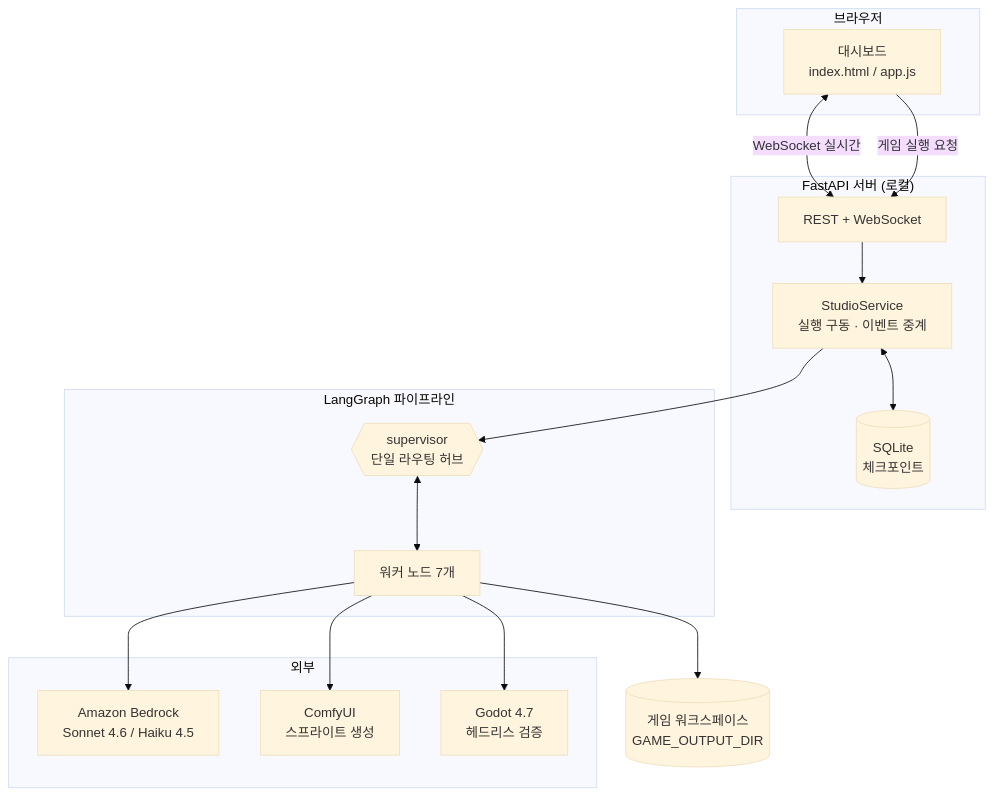
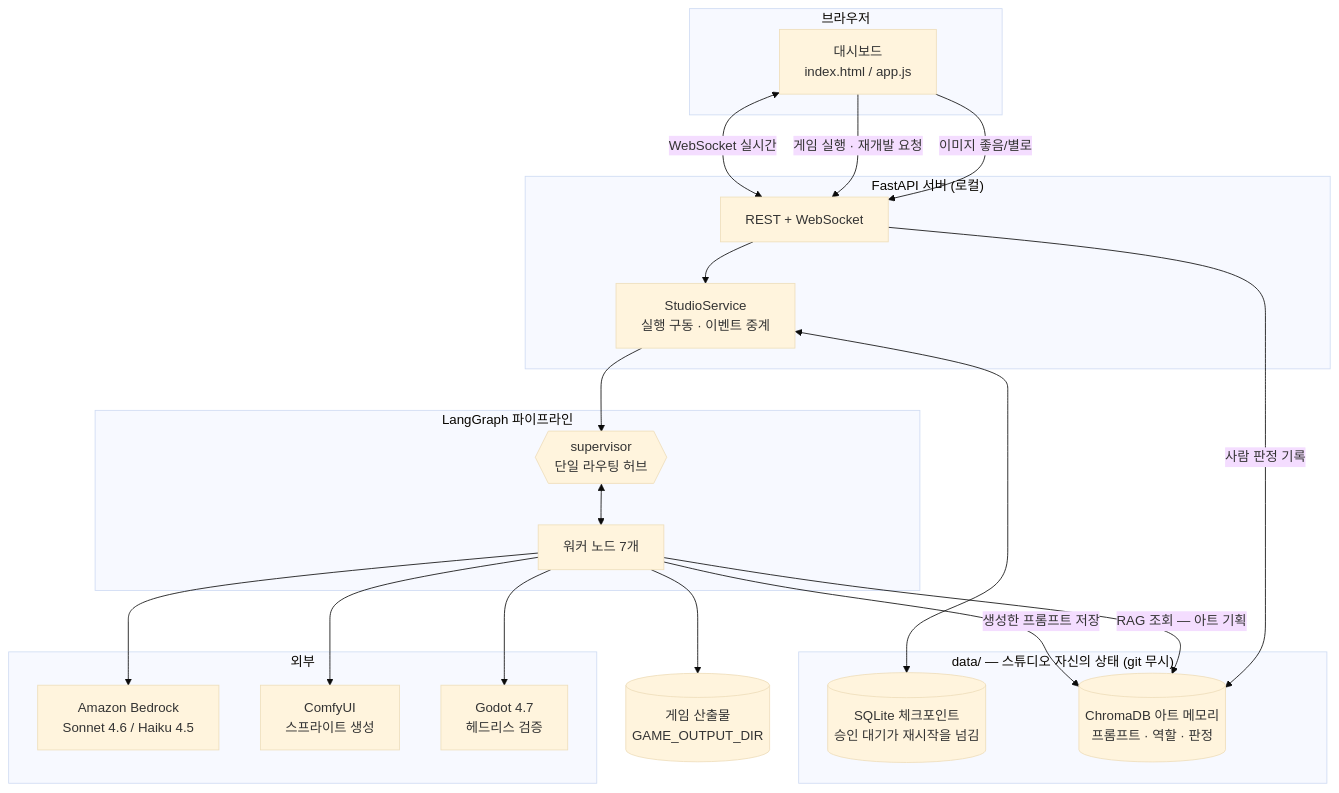
The first of 10 diagrams in docs/ARCHITECTURE.md (SuperclusterAll/gamestudio), drawn with Mermaid (base theme) before and after one commit. The commit also changed other lines of this file and 15 other files, not shown here.

````diff
--- a/docs/ARCHITECTURE.md
+++ b/docs/ARCHITECTURE.md
@@ -39,36 +39,44 @@
 ```mermaid
 graph TB
     subgraph client["브라우저"]
         UI["대시보드<br/>index.html / app.js"]
     end
 
     subgraph server["FastAPI 서버 (로컬)"]
         API["REST + WebSocket"]
         SVC["StudioService<br/>실행 구동 · 이벤트 중계"]
-        CK[("SQLite<br/>체크포인트")]
     end
 
     subgraph graph_["LangGraph 파이프라인"]
         SUP{{"supervisor<br/>단일 라우팅 허브"}}
         W["워커 노드 7개"]
+    end
+
+    subgraph data["data/ — 스튜디오 자신의 상태 (git 무시)"]
+        CK[("SQLite 체크포인트<br/>승인 대기가 재시작을 넘김")]
+        VDB[("ChromaDB 아트 메모리<br/>프롬프트 · 역할 · 판정")]
     end
 
     subgraph external["외부"]
         BR["Amazon Bedrock<br/>Sonnet 4.6 / Haiku 4.5"]
         CF["ComfyUI<br/>스프라이트 생성"]
         GD["Godot 4.7<br/>헤드리스 검증"]
     end
 
-    FS[("게임 워크스페이스<br/>GAME_OUTPUT_DIR")]
+    FS[("게임 산출물<br/>GAME_OUTPUT_DIR")]
 
     UI <-->|"WebSocket 실시간"| API
     API --> SVC
     SVC <--> CK
     SVC --> SUP
     SUP <--> W
     W --> BR
     W --> CF
     W --> GD
     W --> FS
-    UI -->|"게임 실행 요청"| API
+    W -->|"생성한 프롬프트 저장"| VDB
+    W -->|"RAG 조회 — 아트 기획"| VDB
+    UI -->|"게임 실행 · 재개발 요청"| API
+    UI -->|"이미지 좋음/별로"| API
+    API -->|"사람 판정 기록"| VDB
 ```
````
